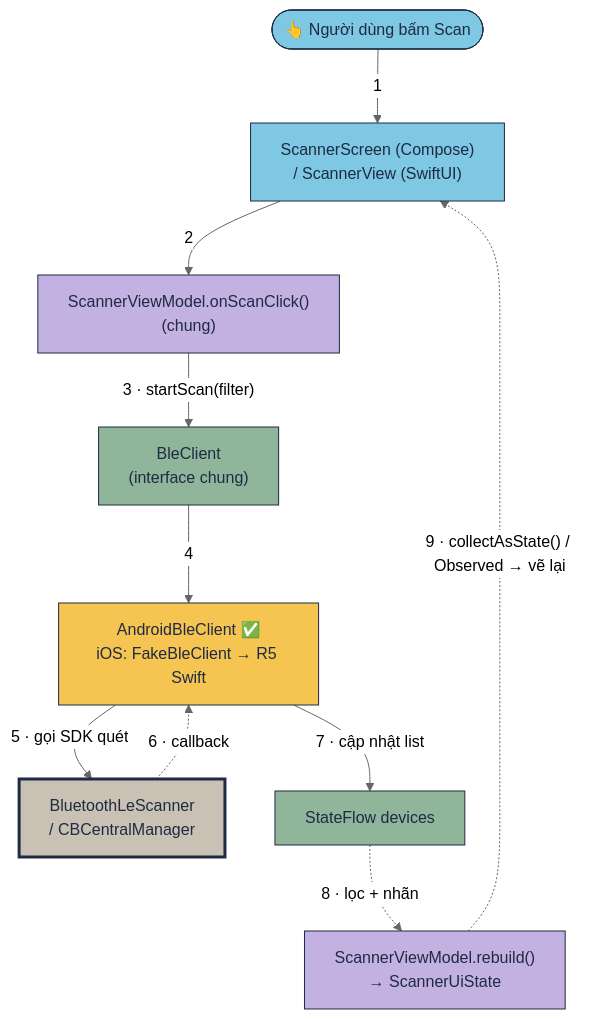
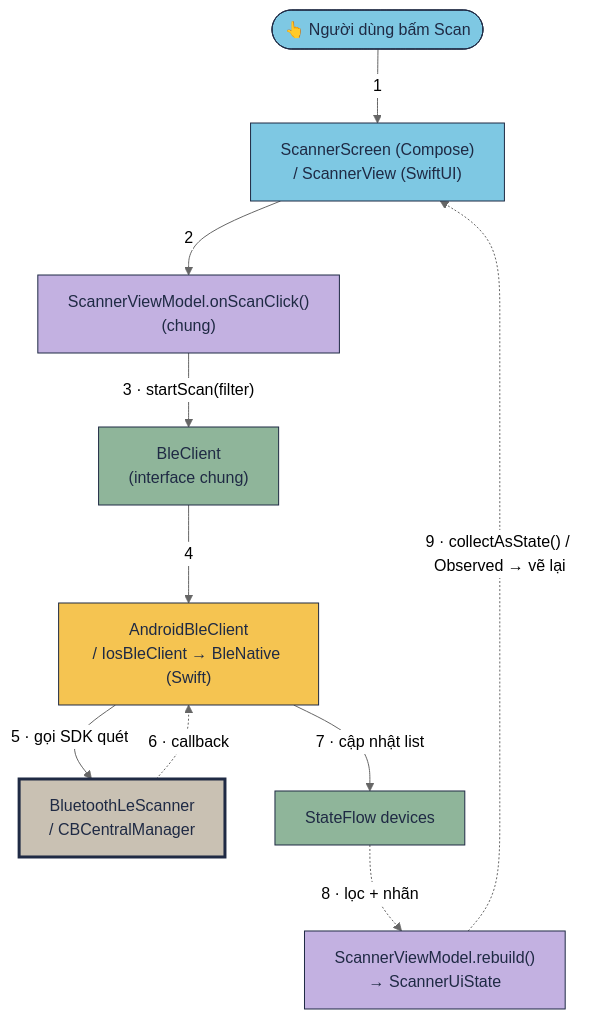
The fourth of 5 diagrams in docs/README-KMP-HOW-IT-WORKS.md (tucarmd/kotlin-multi-platform), drawn with Mermaid (neutral theme) before and after one commit. The commit also changed other lines of this file and 6 other files, not shown here.

````diff
--- a/docs/README-KMP-HOW-IT-WORKS.md
+++ b/docs/README-KMP-HOW-IT-WORKS.md
@@ -126,30 +126,30 @@
 ```mermaid
 flowchart TB
     U(["👆 Người dùng bấm Scan"])
     S["ScannerScreen (Compose)<br/>/ ScannerView (SwiftUI)"]
     V["ScannerViewModel.onScanClick()<br/>(chung)"]
     B["BleClient<br/>(interface chung)"]
-    I["AndroidBleClient ✅<br/>iOS: FakeBleClient → R5 Swift"]
+    I["AndroidBleClient<br/>/ IosBleClient → BleNative (Swift)"]
     SDK["BluetoothLeScanner<br/>/ CBCentralManager"]
     F["StateFlow devices"]
     ST["ScannerViewModel.rebuild()<br/>→ ScannerUiState"]
     U -- "1" --> S
     S -- "2" --> V
     V -- "3 · startScan(filter)" --> B
     B -- "4" --> I
     I -- "5 · gọi SDK quét" --> SDK
     SDK -. "6 · callback" .-> I
     I -- "7 · cập nhật list" --> F
     F -. "8 · lọc + nhãn" .-> ST
     ST -. "9 · collectAsState() / Observed → vẽ lại" .-> S
     classDef ui fill:#7EC8E3,stroke:#1F2A44,color:#1F2A44
     classDef vm fill:#C3B1E1,stroke:#1F2A44,color:#1F2A44
     classDef kmp fill:#8FB59A,stroke:#1F2A44,color:#1F2A44
     classDef plat fill:#F5C451,stroke:#1F2A44,color:#1F2A44
     classDef sdk fill:#C9C1B3,stroke:#1F2A44,color:#1F2A44,stroke-width:3px
     class U,S ui
     class V,ST vm
     class B,F kmp
     class I plat
     class SDK sdk
 ```
````
